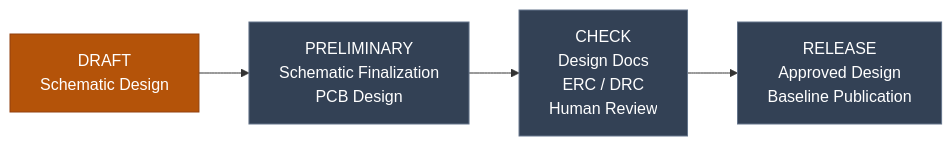
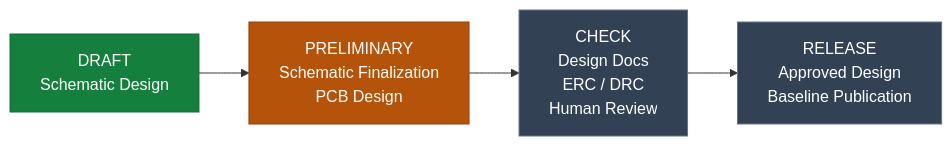
The diagram in README.md (Natchpai/AeroOptix-Horizon), drawn with Mermaid before and after one commit. The commit also changed other lines of this file and 54 other files, not shown here.

````diff
--- a/README.md
+++ b/README.md
@@ -64,20 +64,20 @@
 ```mermaid
 flowchart LR
     A["DRAFT<br/>Schematic Design"]
     B["PRELIMINARY<br/>Schematic Finalization<br/>PCB Design"]
     C["CHECK<br/>Design Docs<br/>ERC / DRC<br/>Human Review"]
     D["RELEASE<br/>Approved Design<br/>Baseline Publication"]
 
     A --> B
     B --> C
     C --> D
 
     classDef inactive fill:#334155,color:#ffffff,stroke:#64748b
     classDef review fill:#b45309,color:#ffffff,stroke:#92400e
     classDef done fill:#15803d,color:#ffffff,stroke:#166534
 
-    class A review
-    class B inactive
+    class A done
+    class B review
     class C inactive
     class D inactive
 ```
````
